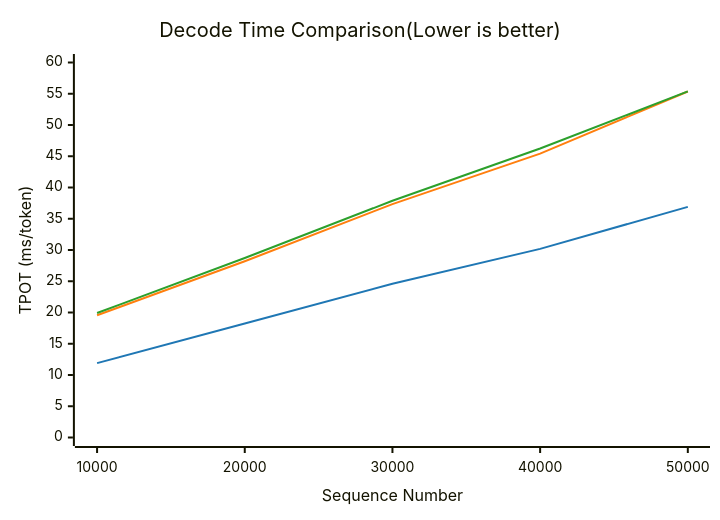
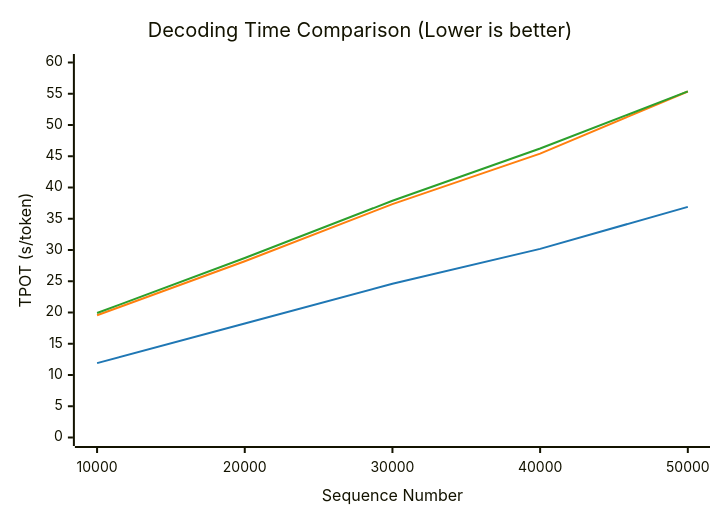
The second of 2 diagrams in benchmark.zh-CN.md (lucienhuangfu/eLLM), drawn with Mermaid before and after one commit. The commit also changed other lines of this file and 1 other file, not shown here.

````diff
--- a/benchmark.zh-CN.md
+++ b/benchmark.zh-CN.md
@@ -80,16 +74,16 @@
 ```mermaid
 ---
 config:
   themeVariables:
     xyChart:
       plotColorPalette: "#1f77b4, #ff7f0e, #2ca02c"
 ---
 xychart-beta
-    title "Decode Time Comparison(Lower is better)"
+    title "Decoding Time Comparison (Lower is better)"
     x-axis "Sequence Number" [10000, 20000, 30000, 40000, 50000]
-    y-axis "TPOT (ms/token)" 0 --> 60
+    y-axis "TPOT (s/token)" 0 --> 60
 
     line "eLLM" [11.902, 18.249, 24.603, 30.179, 36.899]
     line "Chunked CPU Baseline" [19.561, 28.202, 37.341, 45.417, 55.364]
     line "Unchunked CPU Baseline" [19.918, 28.720, 37.873, 46.234, 55.376]
 ```
````
